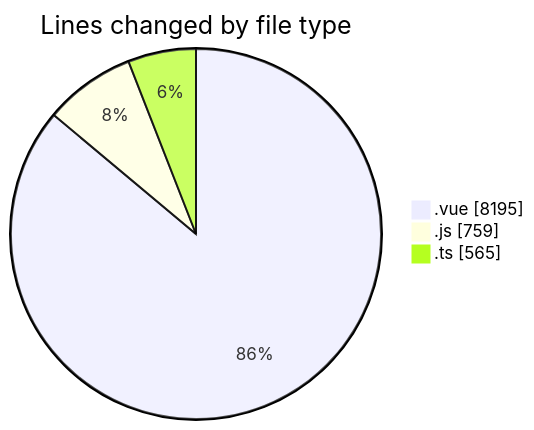
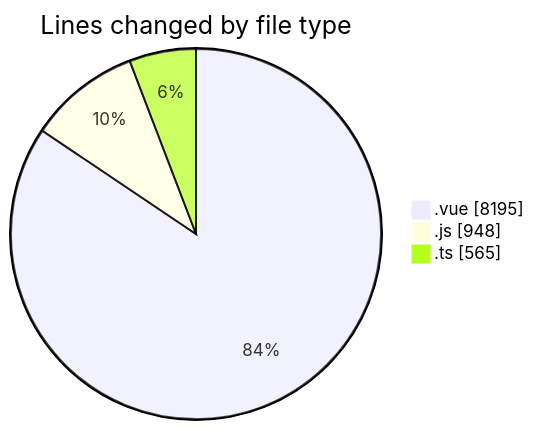
One commit to lephambinh05/code-tracking changed the first of 2 diagrams in 2025-08-13/rentotp/README.md. Above: the diagram before and after it, drawn with Mermaid. The commit also changed other lines of this file and 1 other file, not shown here.

````diff
--- a/2025-08-13/rentotp/README.md
+++ b/2025-08-13/rentotp/README.md
@@ -36,7 +38,7 @@
 ```mermaid
 pie showData
 title Lines changed by file type
 ".vue" : 8195
-".js" : 759
+".js" : 948
 ".ts" : 565
 ```
````
